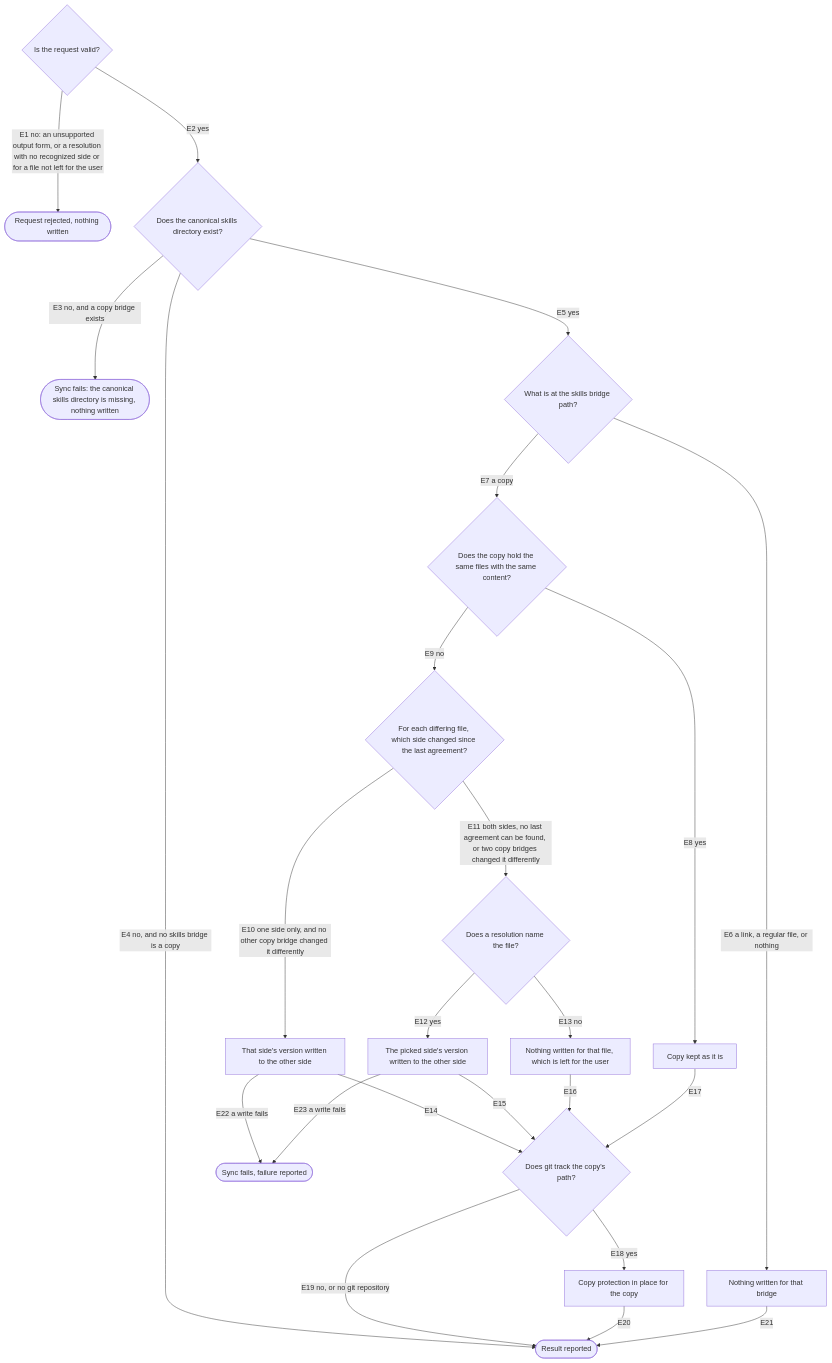
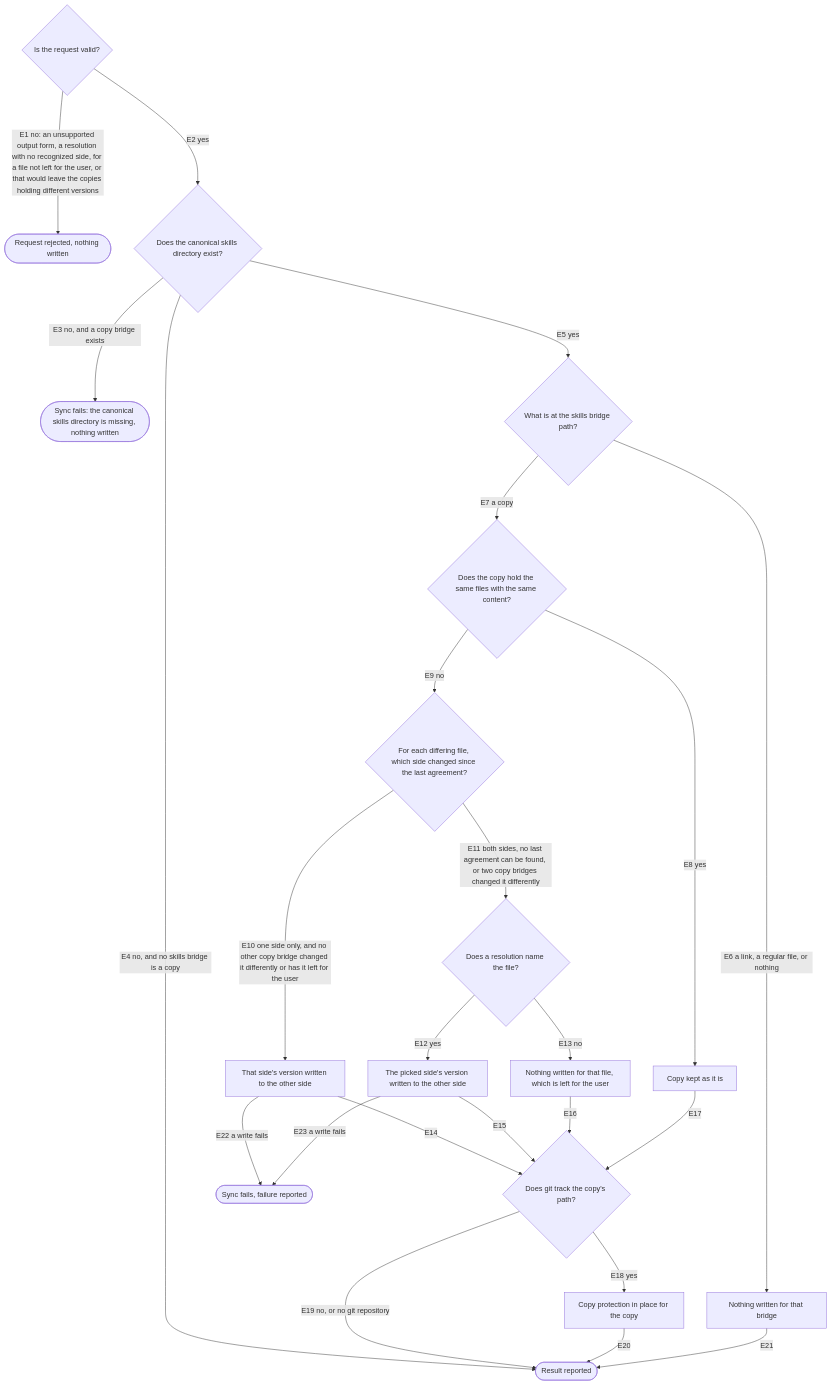
One commit to repobuddy/buddy-agent-harness changed the diagram in packages/buddy-agent-harness/.agents/spec/copy-sync/graph.md. Above: the diagram before and after it, drawn with Mermaid. The commit also changed 5 other files, not shown here.

````diff
--- a/packages/buddy-agent-harness/.agents/spec/copy-sync/graph.md
+++ b/packages/buddy-agent-harness/.agents/spec/copy-sync/graph.md
@@ -7,27 +7,27 @@
 ```mermaid
 flowchart TD
   request{Is the request valid?}
-  request -->|E1 no: an unsupported output form, or a resolution with no recognized side or for a file not left for the user| rejected([Request rejected, nothing written])
+  request -->|E1 no: an unsupported output form, a resolution with no recognized side, for a file not left for the user, or that would leave the copies holding different versions| rejected([Request rejected, nothing written])
   request -->|E2 yes| canon{Does the canonical skills directory exist?}
   canon -->|E3 no, and a copy bridge exists| missing([Sync fails: the canonical skills directory is missing, nothing written])
   canon -->|E4 no, and no skills bridge is a copy| result
   canon -->|E5 yes| bridge{What is at the skills bridge path?}
   bridge -->|E6 a link, a regular file, or nothing| untouched[Nothing written for that bridge]
   bridge -->|E7 a copy| same{Does the copy hold the same files with the same content?}
   same -->|E8 yes| kept[Copy kept as it is]
   same -->|E9 no| side{For each differing file, which side changed since the last agreement?}
-  side -->|E10 one side only, and no other copy bridge changed it differently| onesided[That side's version written to the other side]
+  side -->|E10 one side only, and no other copy bridge changed it differently or has it left for the user| onesided[That side's version written to the other side]
   side -->|E11 both sides, no last agreement can be found, or two copy bridges changed it differently| resolved{Does a resolution name the file?}
   resolved -->|E12 yes| picked[The picked side's version written to the other side]
   resolved -->|E13 no| left[Nothing written for that file, which is left for the user]
   onesided -->|E14| tracked{Does git track the copy's path?}
   picked -->|E15| tracked
   left -->|E16| tracked
   kept -->|E17| tracked
   tracked -->|E18 yes| protected[Copy protection in place for the copy]
   tracked -->|E19 no, or no git repository| result
   protected -->|E20| result([Result reported])
   untouched -->|E21| result
   onesided -->|E22 a write fails| failed([Sync fails, failure reported])
   picked -->|E23 a write fails| failed
 ```
````
